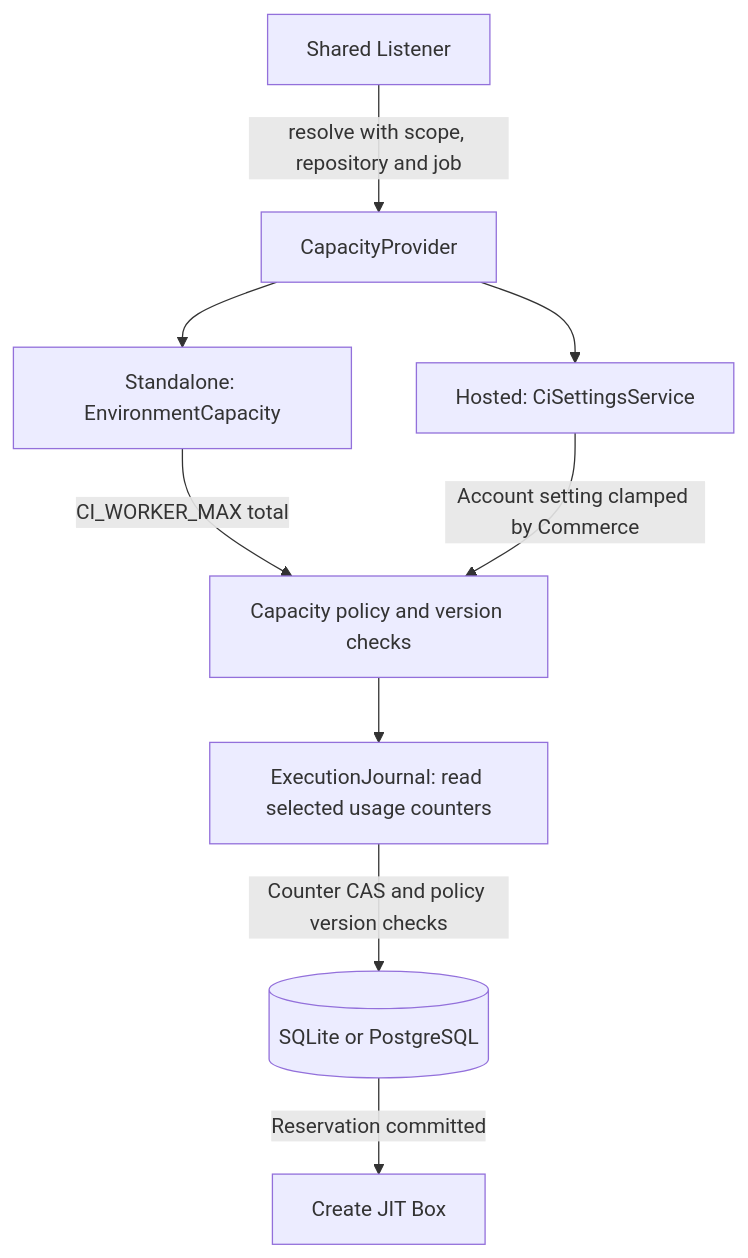
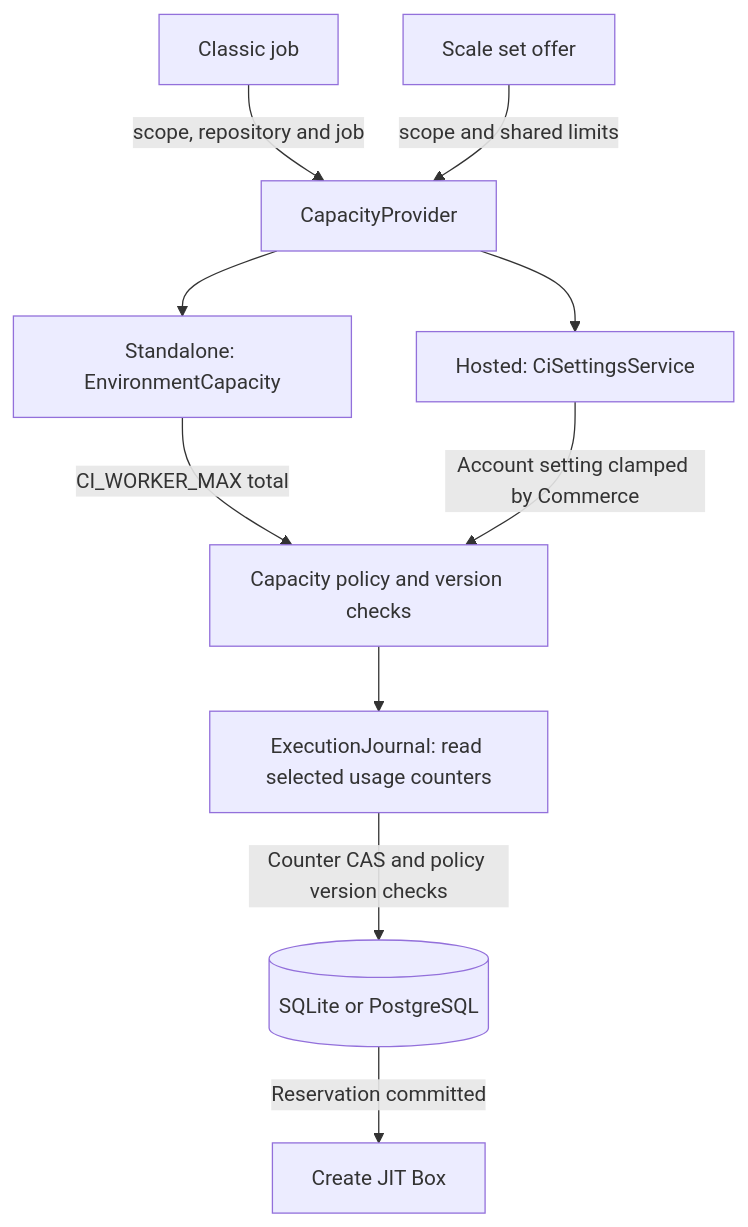
Before and after one commit to boxlite-ai/boxlite: the first of 8 diagrams in apps/libs/ci-listener/README.md, drawn with Mermaid. The commit also changed other lines of this file and 7 other files, not shown here.

Commit message:
fix(ci): reserve shared quota before accepting scale set jobs

````diff
--- a/apps/libs/ci-listener/README.md
+++ b/apps/libs/ci-listener/README.md
@@ -364,11 +365,12 @@
 ```mermaid
 flowchart TD
-    L[Shared Listener] -->|resolve with scope, repository and job| P[CapacityProvider]
+    L[Classic job] -->|scope, repository and job| P[CapacityProvider]
+    G[Scale set offer] -->|scope and shared limits| P
     P --> E[Standalone: EnvironmentCapacity]
     P --> H[Hosted: CiSettingsService]
     E -->|CI_WORKER_MAX total| R[Capacity policy and version checks]
     H -->|Account setting clamped by Commerce| R
     R --> K[ExecutionJournal: read selected usage counters]
     K -->|Counter CAS and policy version checks| S[(SQLite or PostgreSQL)]
     S -->|Reservation committed| B[Create JIT Box]
 ```
````
